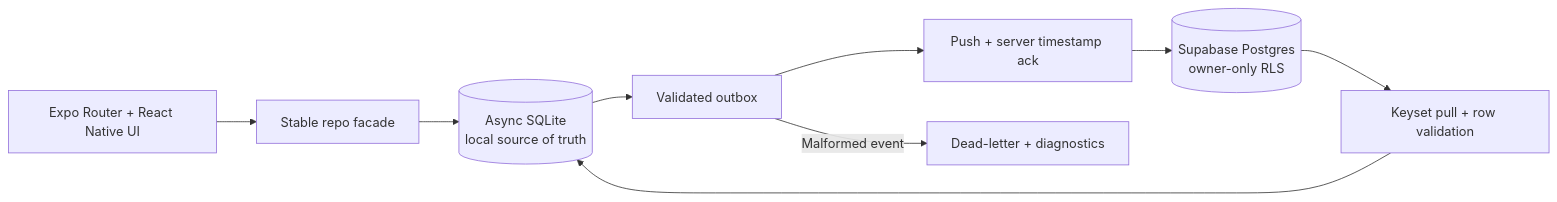
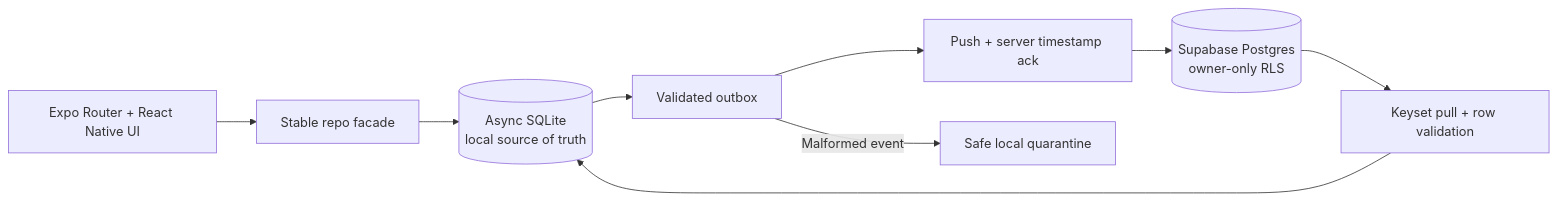
Before and after one commit to topraksv/helix: the second of 2 diagrams in README.md, drawn with Mermaid. The commit also changed other lines of this file and 68 other files, not shown here.

````diff
--- a/README.md
+++ b/README.md
@@ -164,11 +164,11 @@
 ```mermaid
 flowchart LR
   UI["Expo Router + React Native UI"] --> R["Stable repo facade"]
   R --> L[("Async SQLite\nlocal source of truth")]
   L --> O["Validated outbox"]
   O --> P["Push + server timestamp ack"]
   P --> S[("Supabase Postgres\nowner-only RLS")]
   S --> Q["Keyset pull + row validation"]
   Q --> L
-  O -- "Malformed event" --> D["Dead-letter + diagnostics"]
+  O -- "Malformed event" --> D["Safe local quarantine"]
 ```
````
